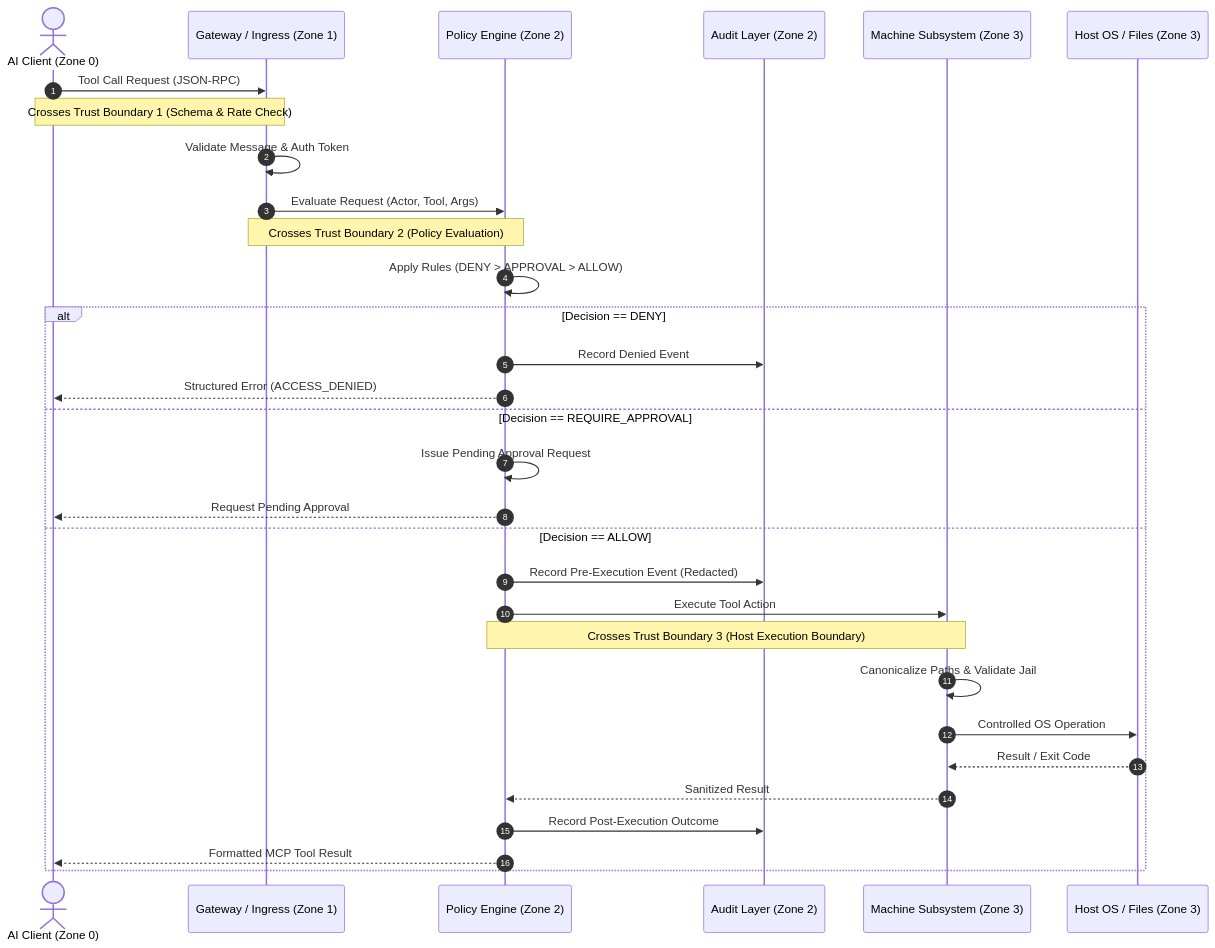
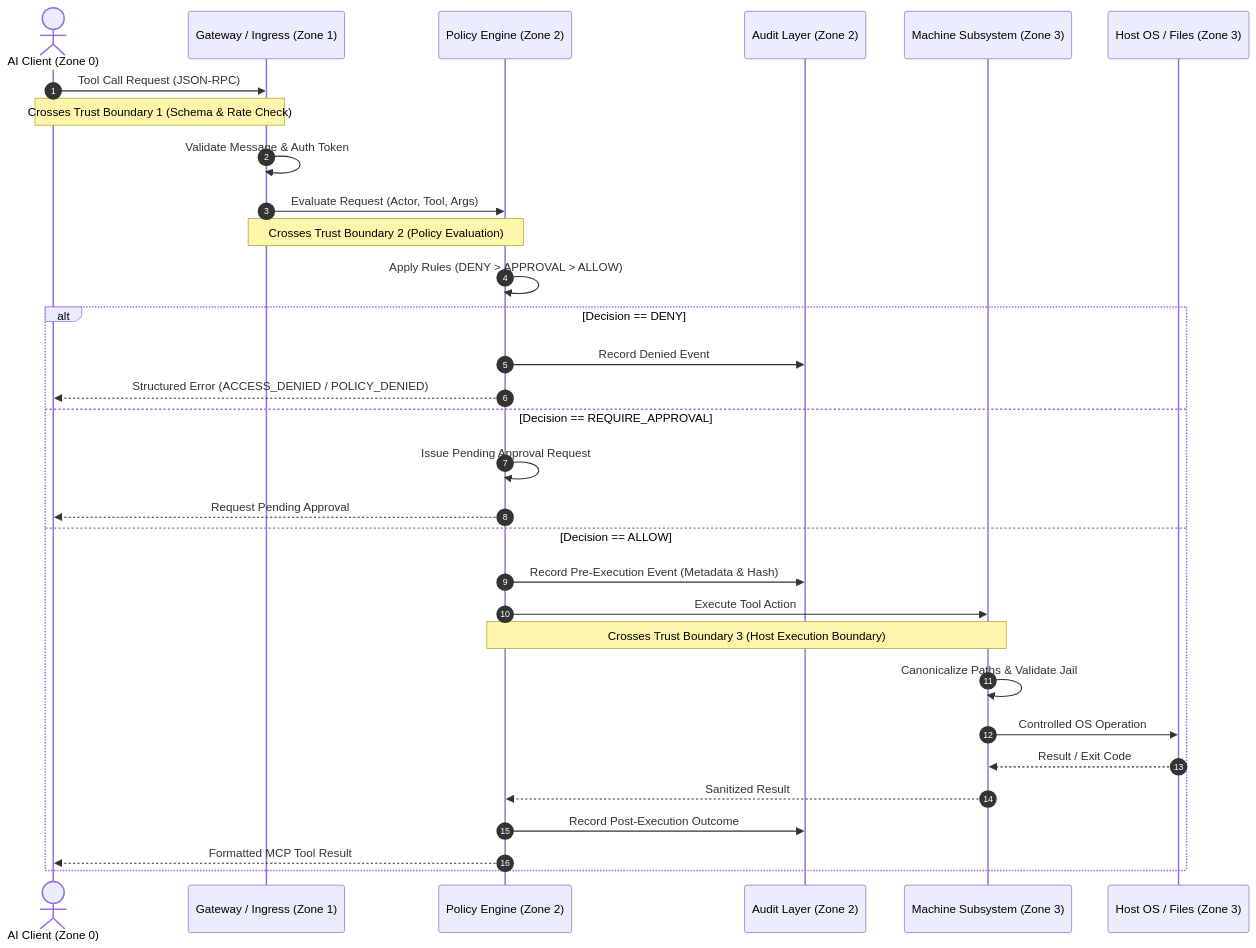
The diagram in docs/architecture/trust-boundaries.md (kpthakur2026/cesspace-arc), drawn with Mermaid before and after one commit. The commit also changed other lines of this file and 55 other files, not shown here.

Commit message:
fix(rc-00): address independent architecture review

````diff
--- a/docs/architecture/trust-boundaries.md
+++ b/docs/architecture/trust-boundaries.md
@@ -111,36 +116,36 @@
 ```mermaid
 sequenceDiagram
     autonumber
     actor Agent as AI Client (Zone 0)
     participant Gateway as Gateway / Ingress (Zone 1)
     participant Policy as Policy Engine (Zone 2)
     participant Audit as Audit Layer (Zone 2)
     participant Subsystem as Machine Subsystem (Zone 3)
     participant OS as Host OS / Files (Zone 3)
 
     Agent->>Gateway: Tool Call Request (JSON-RPC)
     Note over Agent,Gateway: Crosses Trust Boundary 1 (Schema & Rate Check)
     Gateway->>Gateway: Validate Message & Auth Token
 
     Gateway->>Policy: Evaluate Request (Actor, Tool, Args)
     Note over Gateway,Policy: Crosses Trust Boundary 2 (Policy Evaluation)
     Policy->>Policy: Apply Rules (DENY > APPROVAL > ALLOW)
 
     alt Decision == DENY
         Policy->>Audit: Record Denied Event
-        Policy-->>Agent: Structured Error (ACCESS_DENIED)
+        Policy-->>Agent: Structured Error (ACCESS_DENIED / POLICY_DENIED)
     else Decision == REQUIRE_APPROVAL
         Policy->>Policy: Issue Pending Approval Request
         Policy-->>Agent: Request Pending Approval
     else Decision == ALLOW
-        Policy->>Audit: Record Pre-Execution Event (Redacted)
+        Policy->>Audit: Record Pre-Execution Event (Metadata & Hash)
         Policy->>Subsystem: Execute Tool Action
         Note over Policy,Subsystem: Crosses Trust Boundary 3 (Host Execution Boundary)
         Subsystem->>Subsystem: Canonicalize Paths & Validate Jail
         Subsystem->>OS: Controlled OS Operation
         OS-->>Subsystem: Result / Exit Code
         Subsystem-->>Policy: Sanitized Result
         Policy->>Audit: Record Post-Execution Outcome
         Policy-->>Agent: Formatted MCP Tool Result
     end
 ```
````
